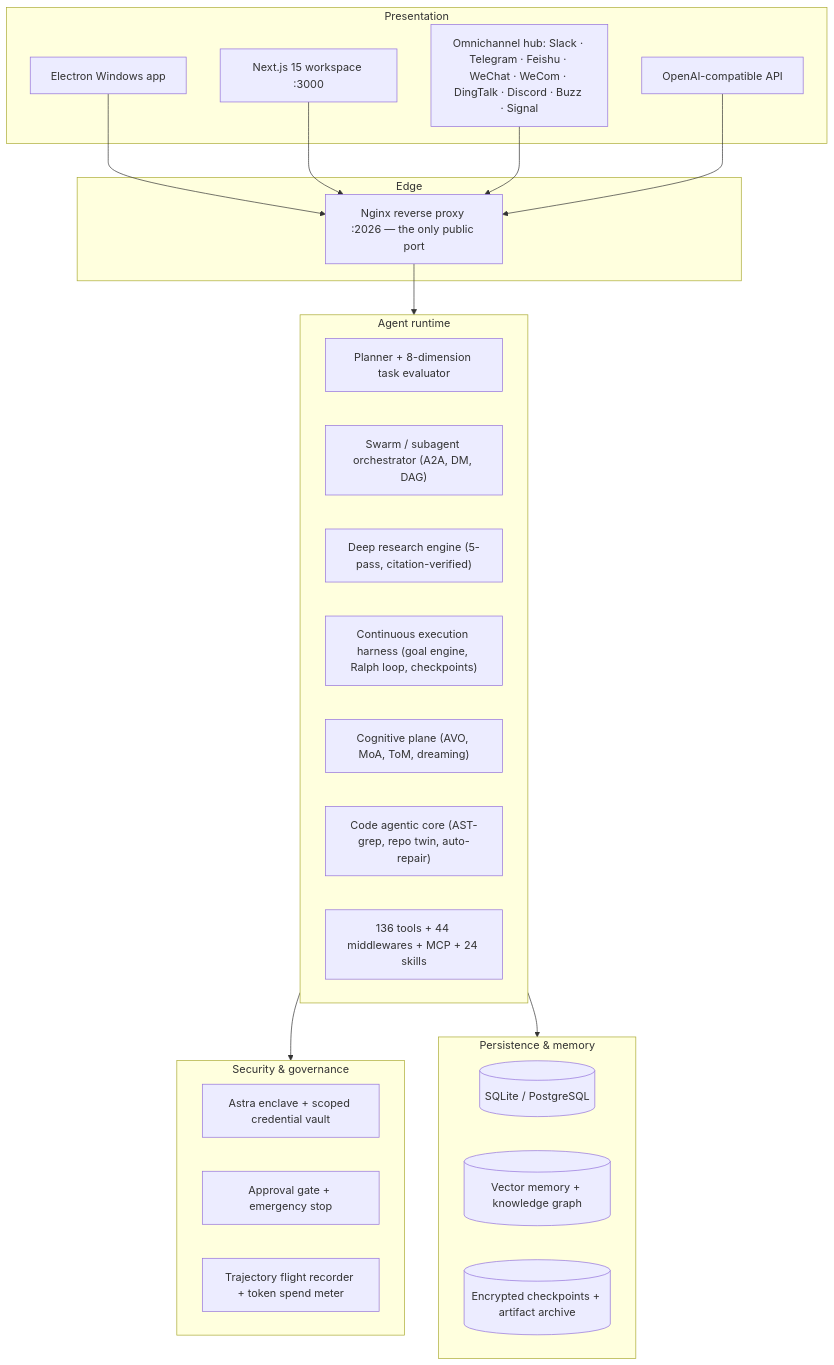
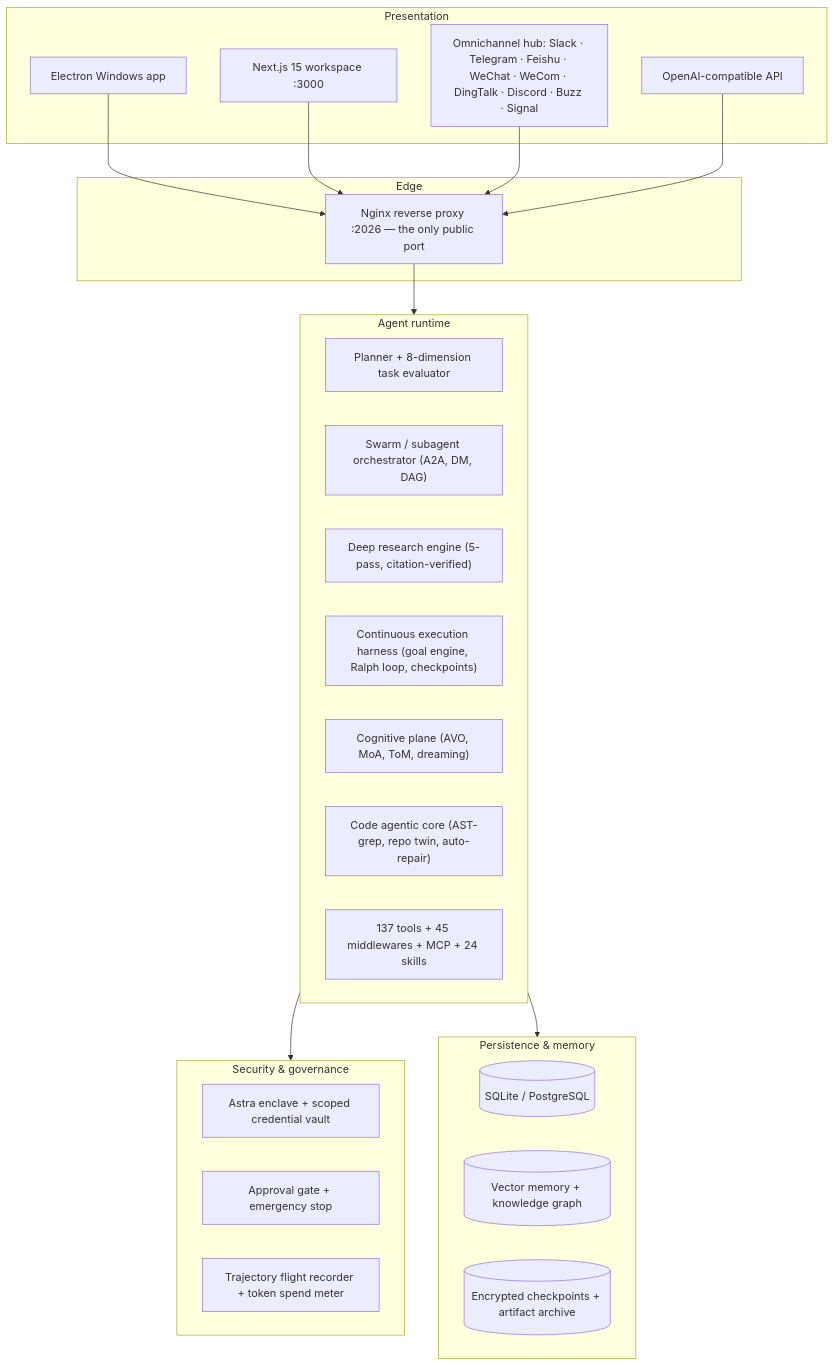
The diagram in README.md (itsPremkumar/alpha), drawn with Mermaid before and after one commit. The commit also changed other lines of this file and 27 other files, not shown here.

````diff
--- a/README.md
+++ b/README.md
@@ -137,43 +137,43 @@
 ```mermaid
 flowchart TB
     subgraph Presentation ["Presentation"]
         Electron["Electron Windows app"]
         Web["Next.js 15 workspace :3000"]
         IM["Omnichannel hub: Slack · Telegram · Feishu · WeChat · WeCom · DingTalk · Discord · Buzz · Signal"]
         OpenAICompat["OpenAI-compatible API"]
     end
 
     subgraph Edge ["Edge"]
         Nginx["Nginx reverse proxy :2026 — the only public port"]
     end
 
     subgraph Runtime ["Agent runtime"]
         Planner["Planner + 8-dimension task evaluator"]
         Orchestrator["Swarm / subagent orchestrator (A2A, DM, DAG)"]
         Research["Deep research engine (5-pass, citation-verified)"]
         Harness["Continuous execution harness (goal engine, Ralph loop, checkpoints)"]
         Cognition["Cognitive plane (AVO, MoA, ToM, dreaming)"]
         CodeCore["Code agentic core (AST-grep, repo twin, auto-repair)"]
-        Tools["136 tools + 44 middlewares + MCP + 24 skills"]
+        Tools["137 tools + 45 middlewares + MCP + 24 skills"]
     end
 
     subgraph Security ["Security & governance"]
         Astra["Astra enclave + scoped credential vault"]
         Approval["Approval gate + emergency stop"]
         Audit["Trajectory flight recorder + token spend meter"]
     end
 
     subgraph Storage ["Persistence & memory"]
         DB[("SQLite / PostgreSQL")]
         Mem[("Vector memory + knowledge graph")]
         CKPT[("Encrypted checkpoints + artifact archive")]
     end
 
     Electron --> Nginx
     Web --> Nginx
     IM --> Nginx
     OpenAICompat --> Nginx
     Nginx --> Runtime
     Runtime --> Security
     Runtime --> Storage
 ```
````
